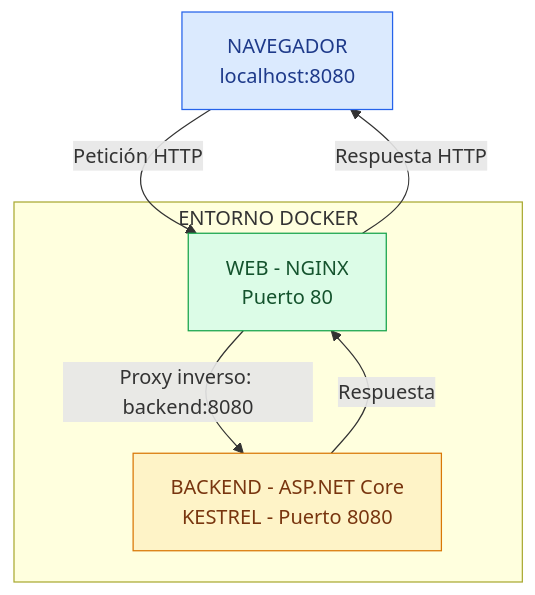
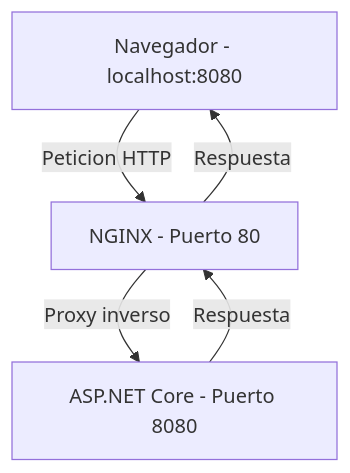
The diagram in readme.md (vjp-raulAP/novaharvest-web), drawn with Mermaid before and after one commit.

````diff
--- a/readme.md
+++ b/readme.md
@@ -51,19 +51,11 @@
 ```mermaid
-flowchart TD
-    A["NAVEGADOR<br/>localhost:8080"]
+graph TD
+    A[Navegador - localhost:8080]
+    B[NGINX - Puerto 80]
+    C[ASP.NET Core - Puerto 8080]
 
-    subgraph DOCKER["ENTORNO DOCKER"]
-        B["WEB - NGINX<br/>Puerto 80"]
-        C["BACKEND - ASP.NET Core<br/>KESTREL - Puerto 8080"]
-
-        B -->|"Proxy inverso: backend:8080"| C
-        C -->|"Respuesta"| B
-    end
-
-    A -->|"Petición HTTP"| B
-    B -->|"Respuesta HTTP"| A
-
-    style A fill:#dbeafe,stroke:#2563eb,color:#1e3a8a
-    style B fill:#dcfce7,stroke:#16a34a,color:#14532d
-    style C fill:#fef3c7,stroke:#d97706,color:#78350f
+    A -->|Peticion HTTP| B
+    B -->|Proxy inverso| C
+    C -->|Respuesta| B
+    B -->|Respuesta| A
 ```
````
